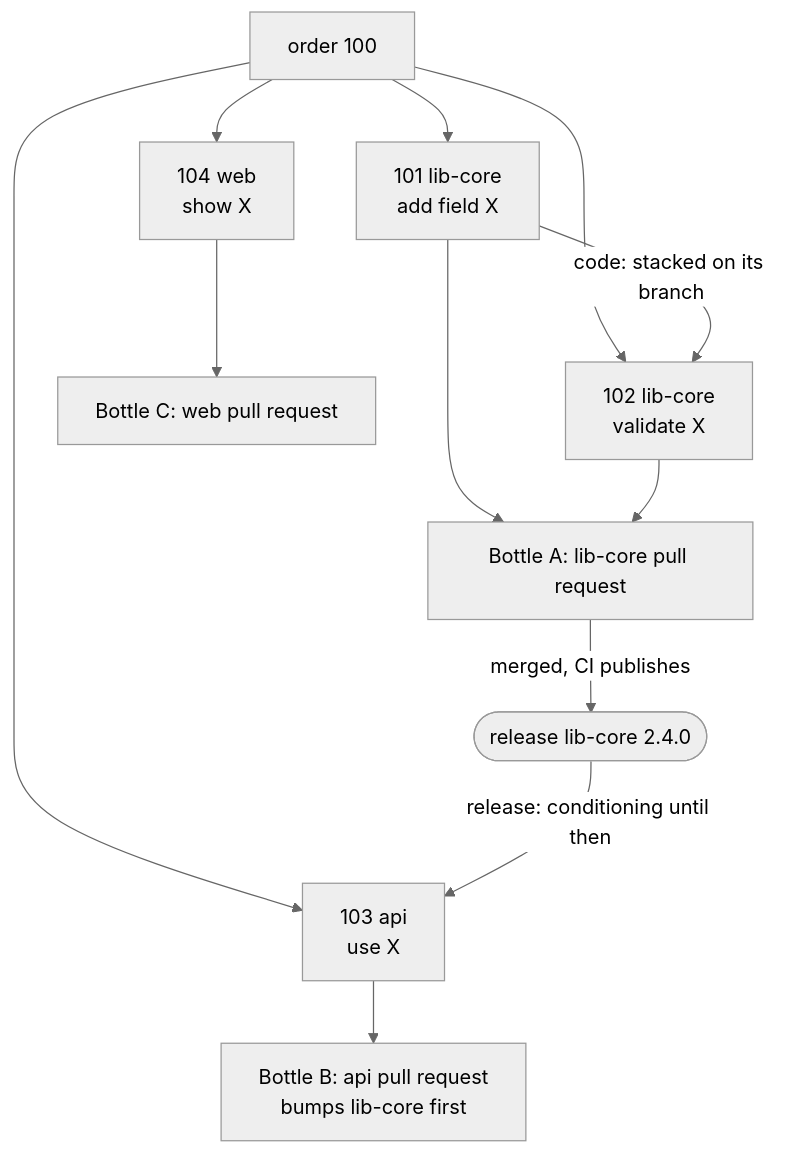
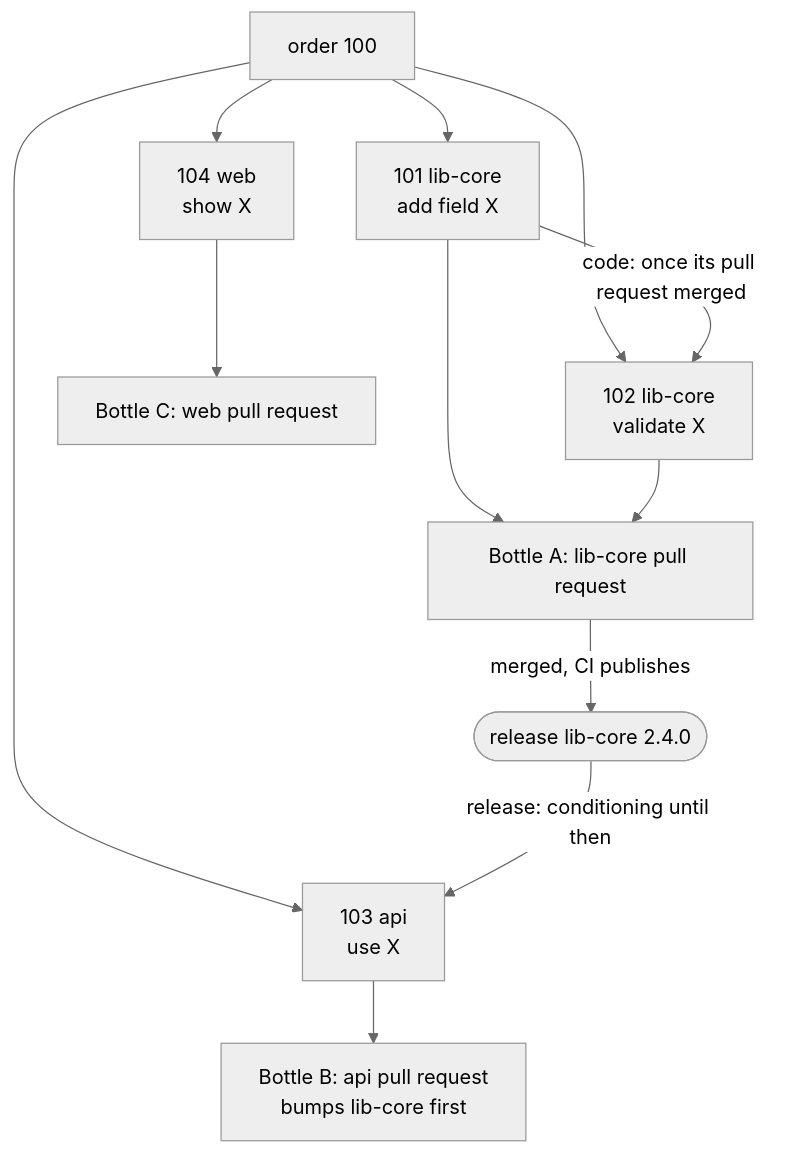
The diagram in docs/design/intake/work-breakdown.md (EdwinBekaert/foedrum), drawn with Mermaid (neutral theme) before and after one commit. The commit also changed other lines of this file and 3 other files, not shown here.

````diff
--- a/docs/design/intake/work-breakdown.md
+++ b/docs/design/intake/work-breakdown.md
@@ -31,13 +34,13 @@
 ```mermaid
 flowchart TD
   O["order 100"] --> S1["101 lib-core<br/>add field X"]
   O --> S2["102 lib-core<br/>validate X"]
   O --> S3["103 api<br/>use X"]
   O --> S4["104 web<br/>show X"]
-  S1 -->|"code: stacked on its branch"| S2
+  S1 -->|"code: once its pull request merged"| S2
   S1 & S2 --> BA["Bottle A: lib-core pull request"]
   BA -->|"merged, CI publishes"| R(["release lib-core 2.4.0"])
   R -->|"release: conditioning until then"| S3
   S3 --> BB["Bottle B: api pull request<br/>bumps lib-core first"]
   S4 --> BC["Bottle C: web pull request"]
 ```
````
